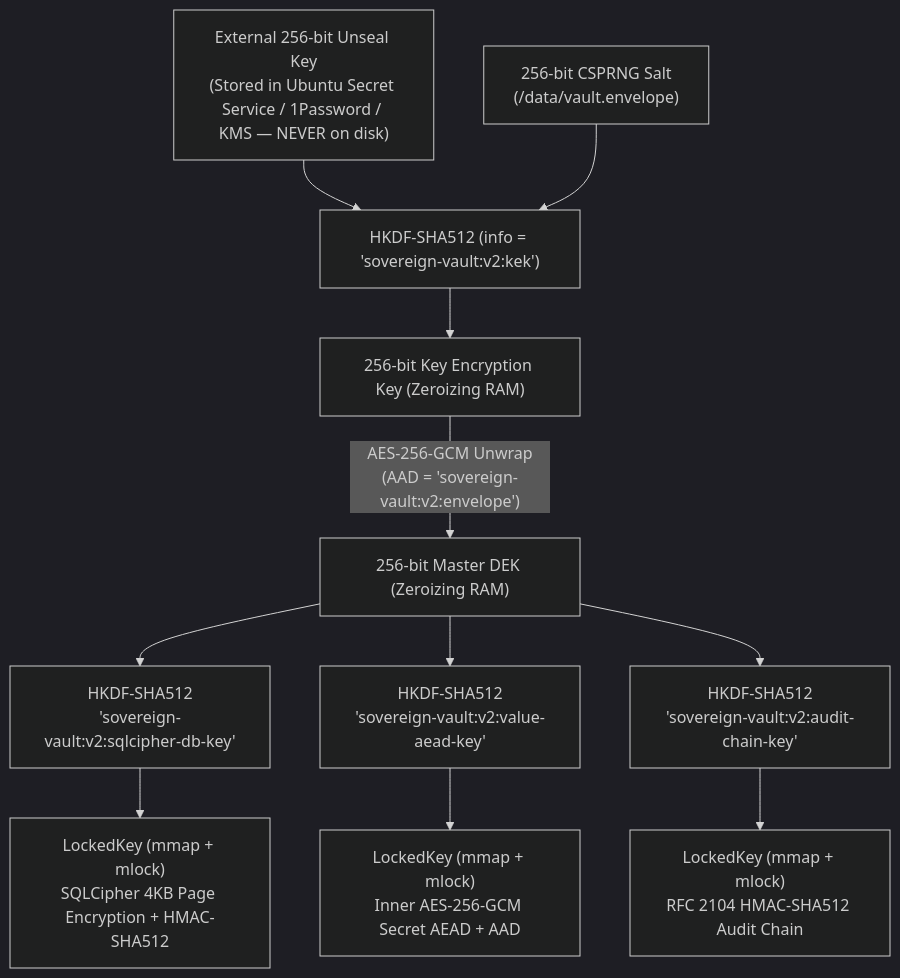
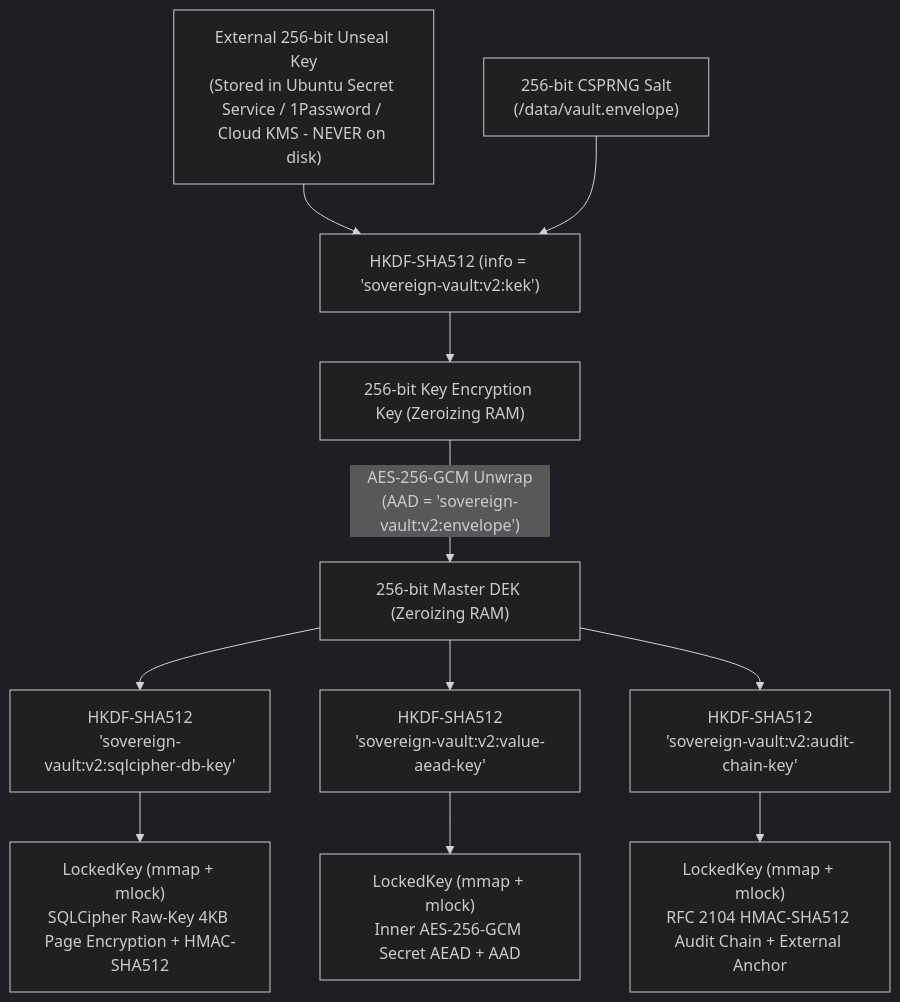
Before and after one commit to oakai-security/sovereign-vault: the diagram in ARCHITECTURE.md, drawn with Mermaid (dark theme). The commit also changed other lines of this file and 10 other files, not shown here.

````diff
--- a/ARCHITECTURE.md
+++ b/ARCHITECTURE.md
@@ -12,17 +12,17 @@
 ```mermaid
 flowchart TD
-    UK["External 256-bit Unseal Key\n(Stored in Ubuntu Secret Service / 1Password / KMS — NEVER on disk)"]
+    UK["External 256-bit Unseal Key\n(Stored in Ubuntu Secret Service / 1Password / Cloud KMS - NEVER on disk)"]
     Salt["256-bit CSPRNG Salt\n(/data/vault.envelope)"]
     UK --> HKDF1["HKDF-SHA512 (info = 'sovereign-vault:v2:kek')"]
     Salt --> HKDF1
     HKDF1 --> KEK["256-bit Key Encryption Key (Zeroizing RAM)"]
     KEK -->|"AES-256-GCM Unwrap\n(AAD = 'sovereign-vault:v2:envelope')"| DEK["256-bit Master DEK (Zeroizing RAM)"]
 
     DEK --> Sub1["HKDF-SHA512\n'sovereign-vault:v2:sqlcipher-db-key'"]
     DEK --> Sub2["HKDF-SHA512\n'sovereign-vault:v2:value-aead-key'"]
     DEK --> Sub3["HKDF-SHA512\n'sovereign-vault:v2:audit-chain-key'"]
 
-    Sub1 --> LK1["LockedKey (mmap + mlock)\nSQLCipher 4KB Page Encryption + HMAC-SHA512"]
+    Sub1 --> LK1["LockedKey (mmap + mlock)\nSQLCipher Raw-Key 4KB Page Encryption + HMAC-SHA512"]
     Sub2 --> LK2["LockedKey (mmap + mlock)\nInner AES-256-GCM Secret AEAD + AAD"]
-    Sub3 --> LK3["LockedKey (mmap + mlock)\nRFC 2104 HMAC-SHA512 Audit Chain"]
+    Sub3 --> LK3["LockedKey (mmap + mlock)\nRFC 2104 HMAC-SHA512 Audit Chain + External Anchor"]
 ```
````
